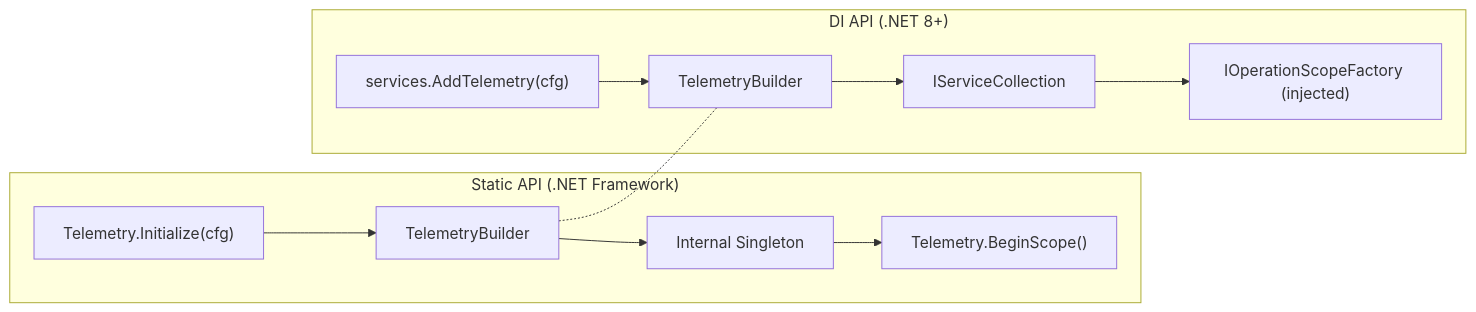
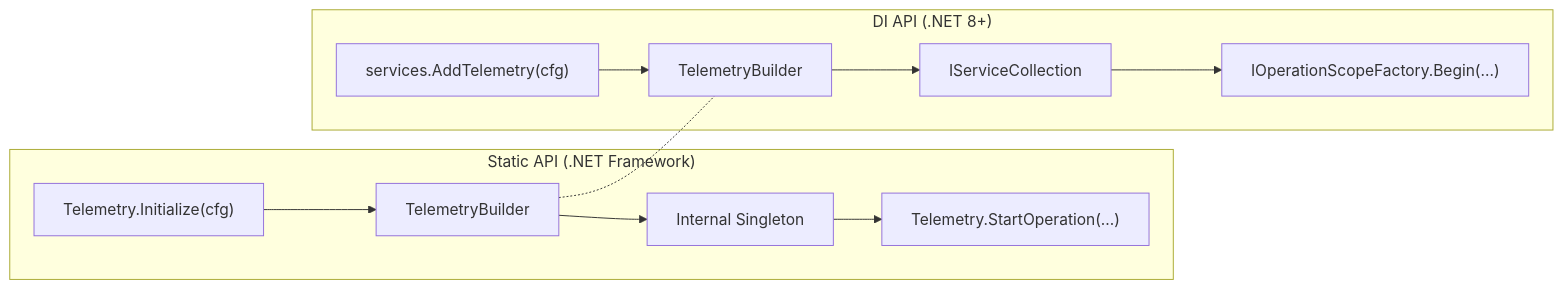
Before and after one commit to RoySalisbury/HVO.Enterprise: the third of 11 diagrams in docs/ARCHITECTURE.md, drawn with Mermaid. The commit also changed other lines of this file and 6 other files, not shown here.

````diff
--- a/docs/ARCHITECTURE.md
+++ b/docs/ARCHITECTURE.md
@@ -156,16 +156,16 @@
 ```mermaid
 graph LR
     subgraph "Static API (.NET Framework)"
         S1["Telemetry.Initialize(cfg)"] --> S2[TelemetryBuilder]
         S2 --> S3[Internal Singleton]
-        S3 --> S4["Telemetry.BeginScope()"]
+        S3 --> S4["Telemetry.StartOperation(...)"]
     end
 
     subgraph "DI API (.NET 8+)"
         D1["services.AddTelemetry(cfg)"] --> D2[TelemetryBuilder]
         D2 --> D3[IServiceCollection]
-        D3 --> D4["IOperationScopeFactory (injected)"]
+        D3 --> D4["IOperationScopeFactory.Begin(...)"]
     end
 
     S2 -.- D2
 ```
````
